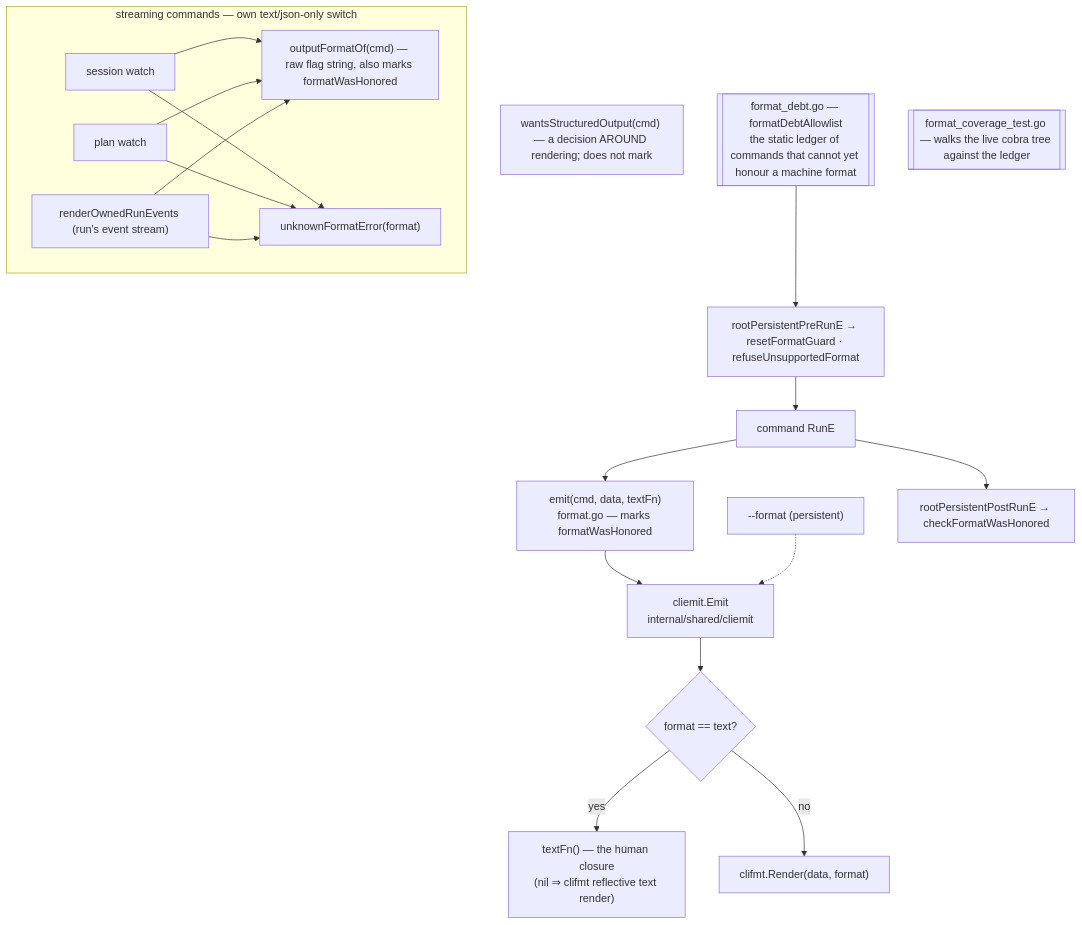
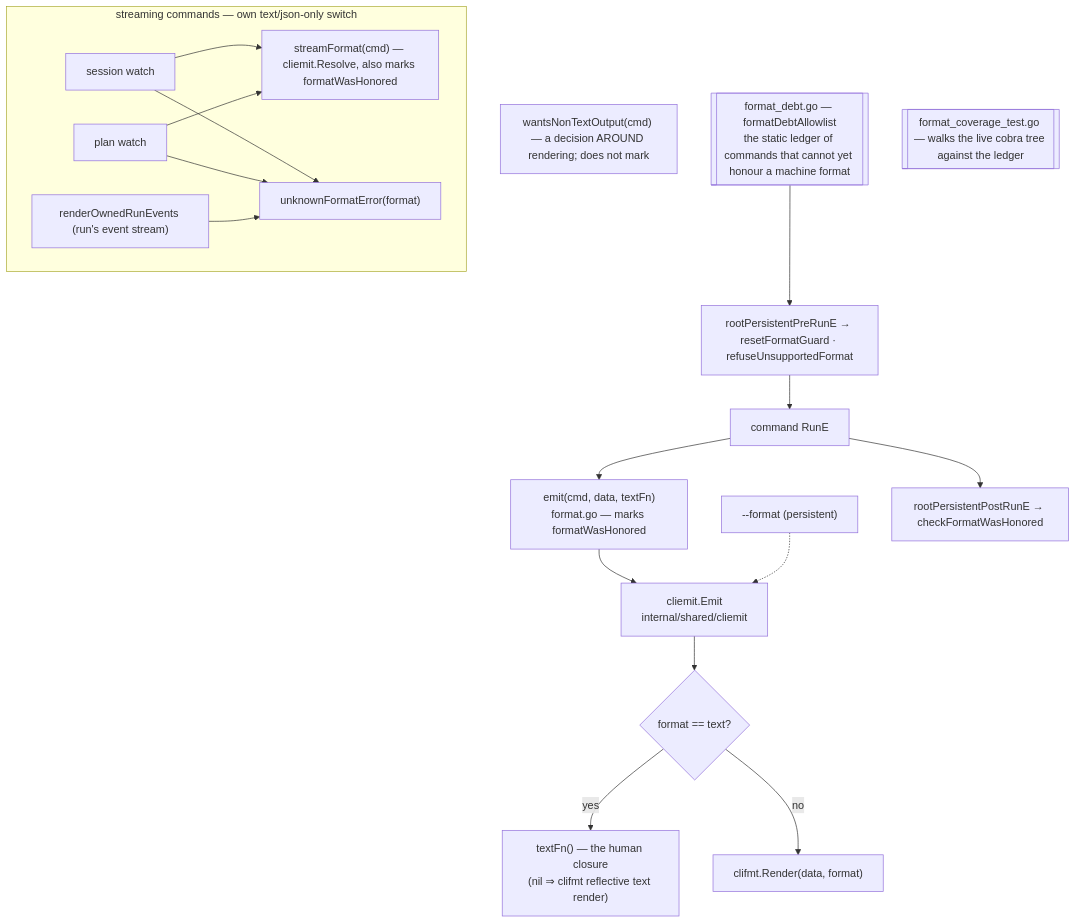
Before and after one commit to ctxloom/ctxloom: the diagram in docs/architecture/cli/output-and-format.md, drawn with Mermaid. The commit also changed other lines of this file and 11 other files, not shown here.

First line of the commit message:
cli: one "not text" predicate for trust stamping and prompts; drop outputFormatOf

````diff
--- a/docs/architecture/cli/output-and-format.md
+++ b/docs/architecture/cli/output-and-format.md
@@ -15,28 +15,28 @@
 ```mermaid
 flowchart TD
     FLAG["--format (persistent)"]
     PRE["rootPersistentPreRunE → resetFormatGuard · refuseUnsupportedFormat"]
     PRE --> RUNE["command RunE"] --> EMIT["emit(cmd, data, textFn)<br/>format.go — marks formatWasHonored"]
     EMIT --> CE["cliemit.Emit<br/>internal/shared/cliemit"]
     CE --> Q{"format == text?"}
     Q -->|yes| TXT["textFn() — the human closure<br/>(nil ⇒ clifmt reflective text render)"]
     Q -->|no| REN["clifmt.Render(data, format)"]
     FLAG -.-> CE
     RUNE --> POST["rootPersistentPostRunE → checkFormatWasHonored"]
 
-    OF["outputFormatOf(cmd) — raw flag string, also marks formatWasHonored"]
-    WSO["wantsStructuredOutput(cmd) — a decision AROUND rendering; does not mark"]
+    OF["streamFormat(cmd) — cliemit.Resolve, also marks formatWasHonored"]
+    WNT["wantsNonTextOutput(cmd) — a decision AROUND rendering; does not mark"]
 
     subgraph streaming["streaming commands — own text/json-only switch"]
         SW["session watch"]
         PW["plan watch"]
         RO["renderOwnedRunEvents (run's event stream)"]
         UFE["unknownFormatError(format)"]
         SW & PW & RO --> UFE
-        SW & PW & RO --> OF
+        SW & PW --> OF
     end
 
     LEDGER[["format_debt.go — formatDebtAllowlist<br/>the static ledger of commands that cannot yet honour a machine format"]]
     LEDGER --> PRE
     COV[["format_coverage_test.go — walks the live cobra tree against the ledger"]]
 ```
````
